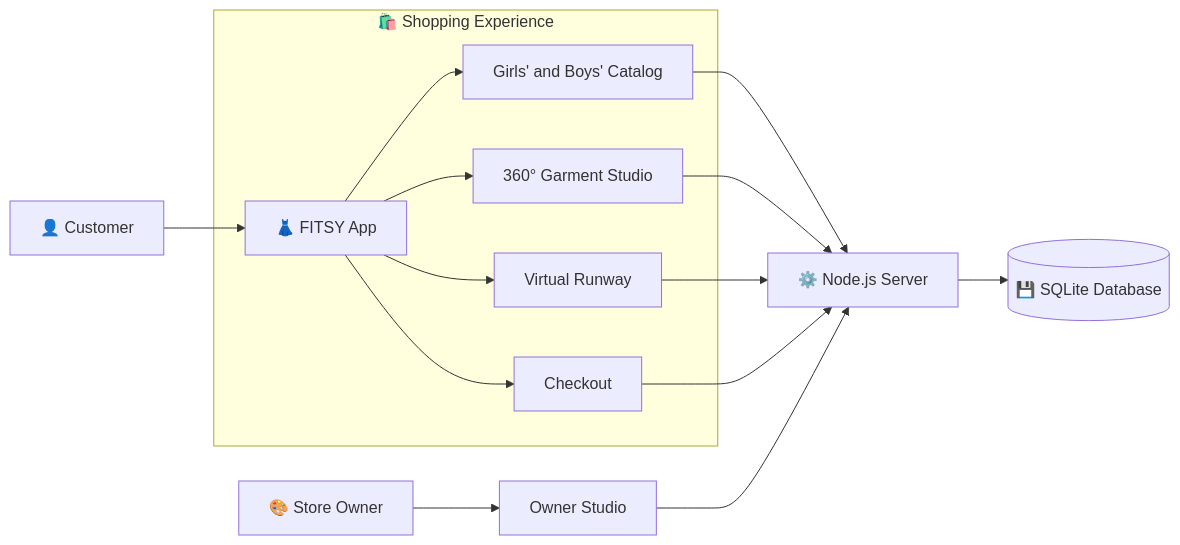
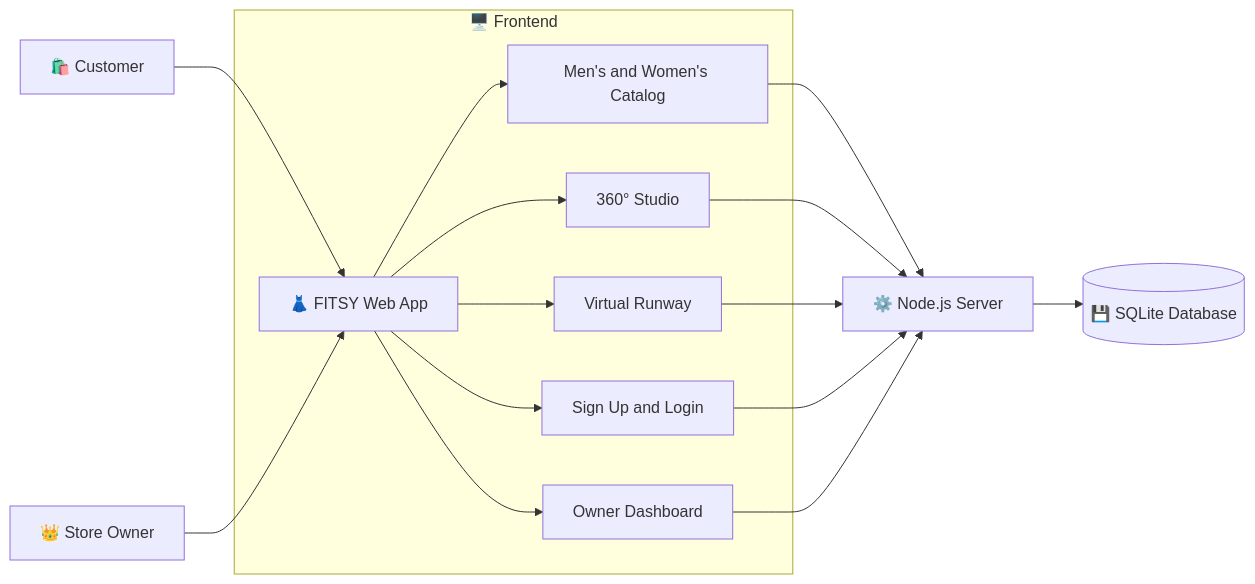
The fourth of 4 diagrams in README.md (pvenkatagowthamsai-dot/FSFE_PROJECT), drawn with Mermaid before and after one commit. The commit also changed other lines of this file, not shown here.

````diff
--- a/README.md
+++ b/README.md
@@ -64,20 +137,21 @@
 ```mermaid
 flowchart LR
-    Customer["👤 Customer"] --> App["👗 FITSY App"]
+    Customer["🛍️ Customer"] --> WebApp["👗 FITSY Web App"]
+    Owner["👑 Store Owner"] --> WebApp
 
-    subgraph Shopping["🛍️ Shopping Experience"]
-        App --> Catalog["Girls' and Boys' Catalog"]
-        App --> Studio["360° Garment Studio"]
-        App --> Runway["Virtual Runway"]
-        App --> Checkout["Checkout"]
+    subgraph Frontend["🖥️ Frontend"]
+        WebApp --> Catalog["Men's and Women's Catalog"]
+        WebApp --> Studio["360° Studio"]
+        WebApp --> Runway["Virtual Runway"]
+        WebApp --> Login["Sign Up and Login"]
+        WebApp --> Dashboard["Owner Dashboard"]
     end
 
     Catalog --> Server["⚙️ Node.js Server"]
     Studio --> Server
     Runway --> Server
-    Checkout --> Server
+    Login --> Server
+    Dashboard --> Server
 
     Server --> Database[("💾 SQLite Database")]
-    Owner["🎨 Store Owner"] --> Dashboard["Owner Studio"]
-    Dashboard --> Server
 ```
````
